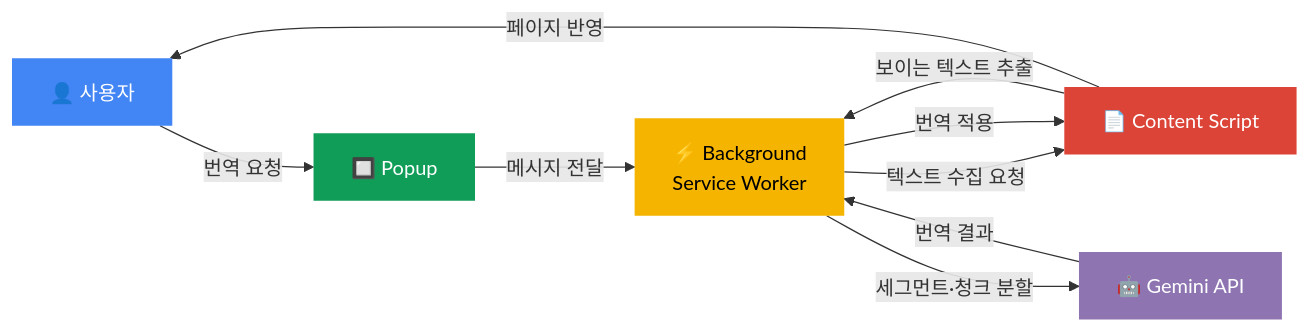
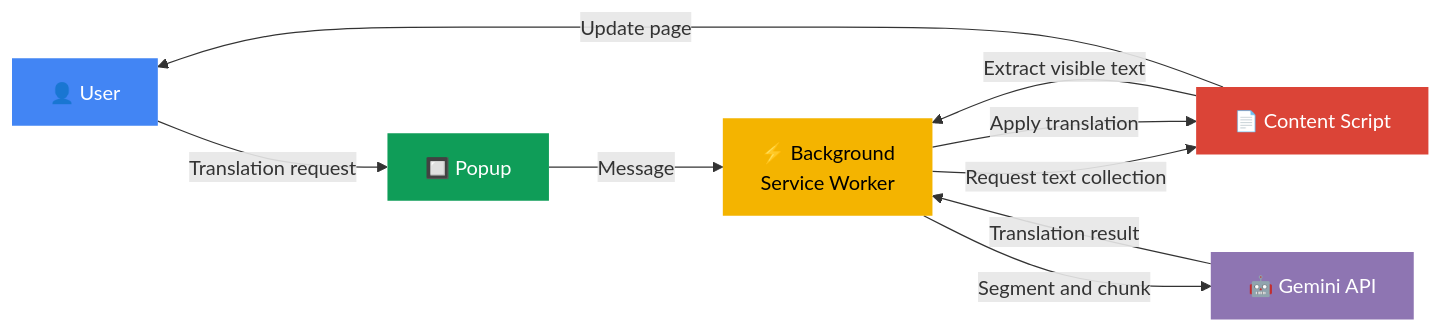
The diagram in README.md (NANMAZINO/context-translator), drawn with Mermaid before and after one commit. The commit also changed other lines of this file and 10 other files, not shown here.

````diff
--- a/README.md
+++ b/README.md
@@ -92,17 +95,17 @@
 ```mermaid
 flowchart LR
-    A["👤 사용자"] -->|번역 요청| B["🔲 Popup"]
-    B -->|메시지 전달| C["⚡ Background\nService Worker"]
-    C -->|텍스트 수집 요청| D["📄 Content Script"]
-    D -->|보이는 텍스트 추출| C
-    C -->|세그먼트·청크 분할| E["🤖 Gemini API"]
-    E -->|번역 결과| C
-    C -->|번역 적용| D
-    D -->|페이지 반영| A
+    A["👤 User"] -->|Translation request| B["🔲 Popup"]
+    B -->|Message| C["⚡ Background\nService Worker"]
+    C -->|Request text collection| D["📄 Content Script"]
+    D -->|Extract visible text| C
+    C -->|Segment and chunk| E["🤖 Gemini API"]
+    E -->|Translation result| C
+    C -->|Apply translation| D
+    D -->|Update page| A
 
     style A fill:#4285F4,color:#fff,stroke:none
     style B fill:#0F9D58,color:#fff,stroke:none
     style C fill:#F4B400,color:#000,stroke:none
     style D fill:#DB4437,color:#fff,stroke:none
     style E fill:#8E75B2,color:#fff,stroke:none
 ```
````
